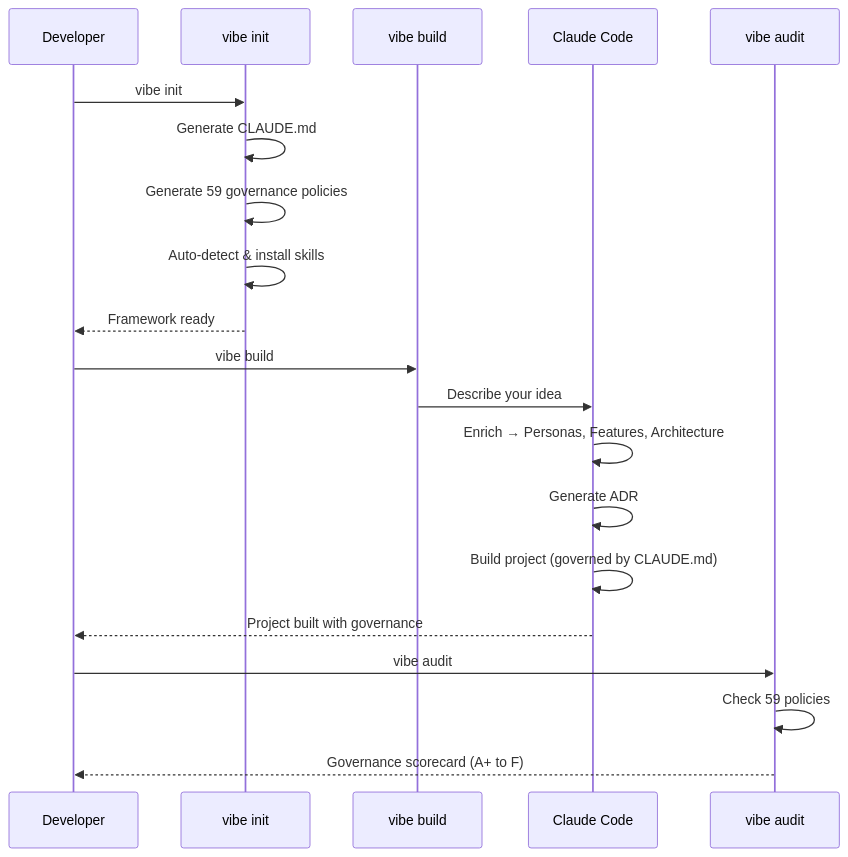
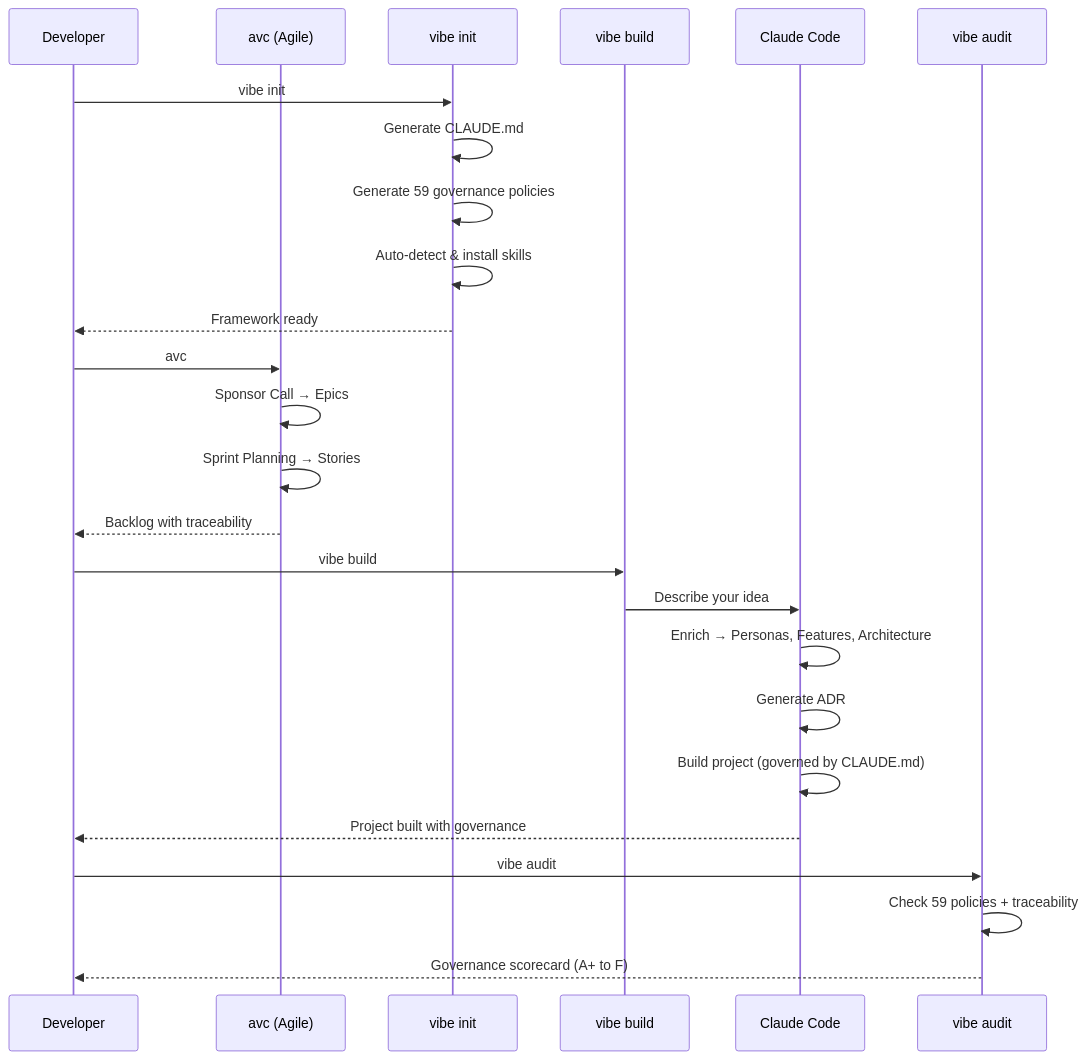
One commit to vishalm/vibe-init changed the third of 6 diagrams in README.md. Above: the diagram before and after it, drawn with Mermaid. The commit also changed other lines of this file and 8 other files, not shown here.

````diff
--- a/README.md
+++ b/README.md
@@ -102,25 +107,31 @@
 ```mermaid
 sequenceDiagram
     participant Dev as Developer
+    participant AVC as avc (Agile)
     participant VI as vibe init
     participant VB as vibe build
     participant CC as Claude Code
     participant VA as vibe audit
     
     Dev->>VI: vibe init
     VI->>VI: Generate CLAUDE.md
     VI->>VI: Generate 59 governance policies
     VI->>VI: Auto-detect & install skills
     VI-->>Dev: Framework ready
     
+    Dev->>AVC: avc
+    AVC->>AVC: Sponsor Call → Epics
+    AVC->>AVC: Sprint Planning → Stories
+    AVC-->>Dev: Backlog with traceability
+    
     Dev->>VB: vibe build
     VB->>CC: Describe your idea
     CC->>CC: Enrich → Personas, Features, Architecture
     CC->>CC: Generate ADR
     CC->>CC: Build project (governed by CLAUDE.md)
     CC-->>Dev: Project built with governance
     
     Dev->>VA: vibe audit
-    VA->>VA: Check 59 policies
+    VA->>VA: Check 59 policies + traceability
     VA-->>Dev: Governance scorecard (A+ to F)
 ```
````
